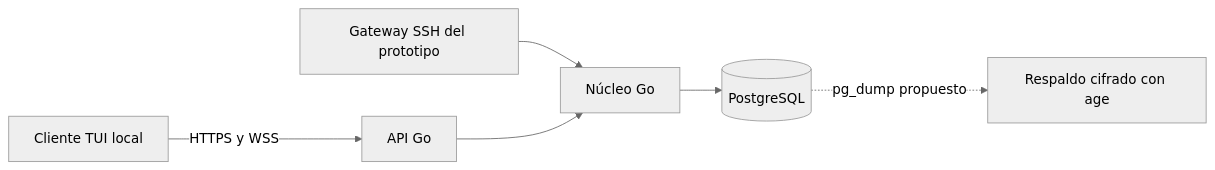
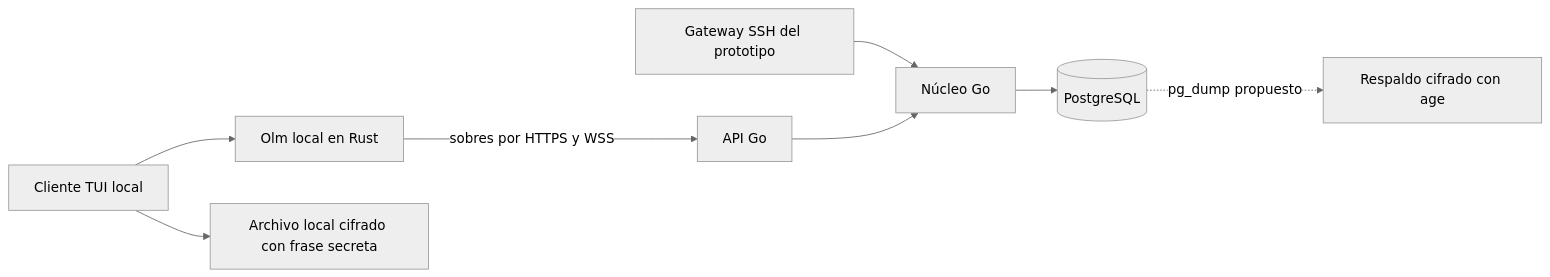
One commit to karatekah/karatty changed the diagram in docs/architecture.md. Above: the diagram before and after it, drawn with Mermaid (neutral theme). The commit also changed other lines of this file and 14 other files, not shown here.

````diff
--- a/docs/architecture.md
+++ b/docs/architecture.md
@@ -7,8 +7,10 @@
 ```mermaid
 flowchart LR
-    TUI[Cliente TUI local] -->|HTTPS y WSS| API[API Go]
+    TUI[Cliente TUI local] --> OLM[Olm local en Rust]
+    TUI --> STATE[Archivo local cifrado con frase secreta]
+    OLM -->|sobres por HTTPS y WSS| API[API Go]
     SSH[Gateway SSH del prototipo] --> CORE[Núcleo Go]
     API --> CORE
     CORE --> PG[(PostgreSQL)]
     PG -.->|pg_dump propuesto| BACKUP[Respaldo cifrado con age]
 ```
````
